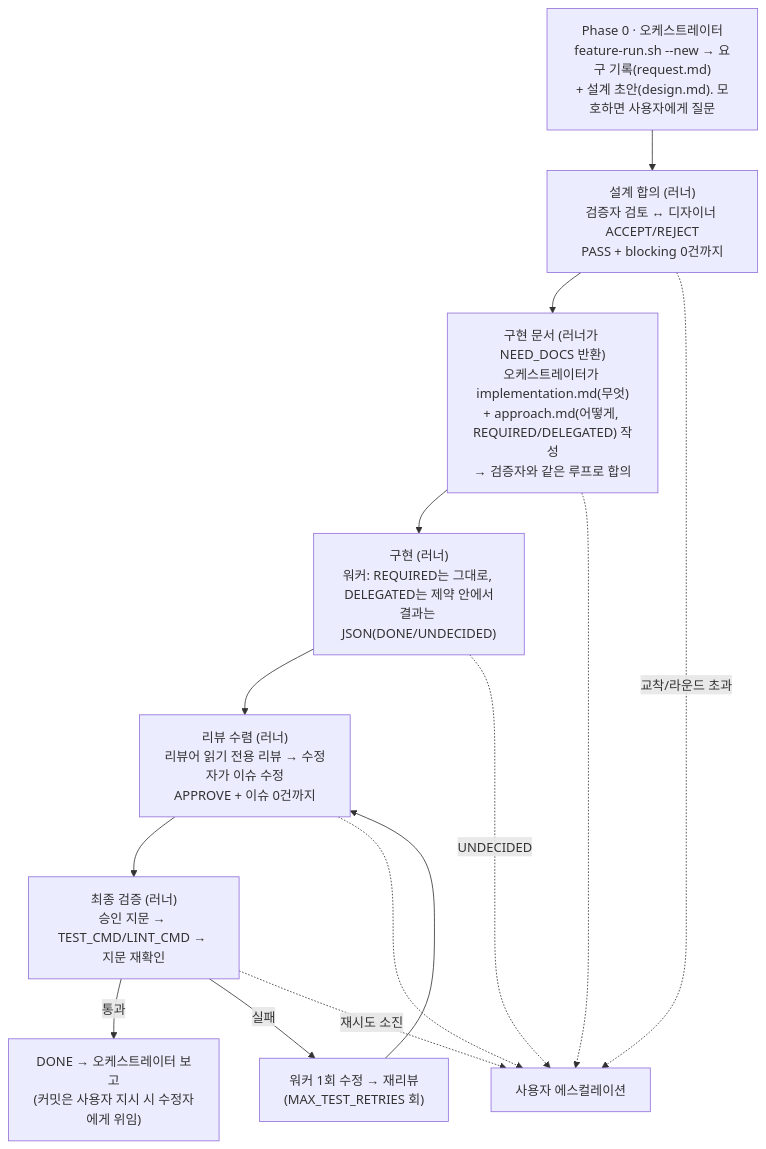
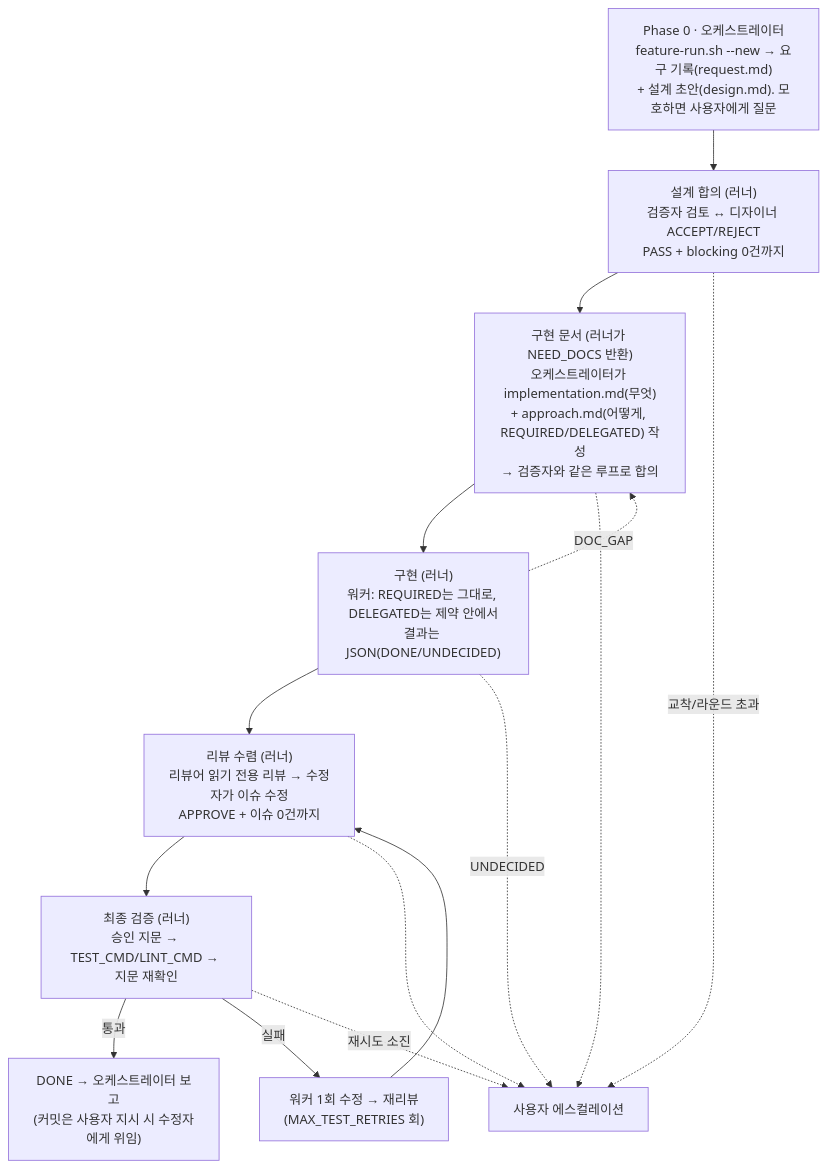
Before and after one commit to DEV-asdf-516/feature-skill: the diagram in README.md, drawn with Mermaid. The commit also changed other lines of this file and 56 other files, not shown here.

````diff
--- a/README.md
+++ b/README.md
@@ -23,15 +23,16 @@
 ```mermaid
 flowchart TD
     P0["Phase 0 · 오케스트레이터\nfeature-run.sh --new → 요구 기록(request.md)\n+ 설계 초안(design.md). 모호하면 사용자에게 질문"] --> P1
     P1["설계 합의 (러너)\n검증자 검토 ↔ 디자이너 ACCEPT/REJECT\nPASS + blocking 0건까지"] --> P15
     P15["구현 문서 (러너가 NEED_DOCS 반환)\n오케스트레이터가 implementation.md(무엇)\n+ approach.md(어떻게, REQUIRED/DELEGATED) 작성\n→ 검증자와 같은 루프로 합의"] --> P2
     P2["구현 (러너)\n워커: REQUIRED는 그대로, DELEGATED는 제약 안에서\n결과는 JSON(DONE/UNDECIDED)"] --> P3
+    P2 -.DOC_GAP.-> P15
     P3["리뷰 수렴 (러너)\n리뷰어 읽기 전용 리뷰 → 수정자가 이슈 수정\nAPPROVE + 이슈 0건까지"] --> P4
     P4["최종 검증 (러너)\n승인 지문 → TEST_CMD/LINT_CMD → 지문 재확인"] -->|통과| DONE["DONE → 오케스트레이터 보고\n(커밋은 사용자 지시 시 수정자에게 위임)"]
     P4 -->|실패| P2R["워커 1회 수정 → 재리뷰\n(MAX_TEST_RETRIES 회)"] --> P3
     P2 -.UNDECIDED.-> ESC
     P1 -.교착/라운드 초과.-> ESC["사용자 에스컬레이션"]
     P15 -.-> ESC
     P3 -.-> ESC
     P4 -.재시도 소진.-> ESC
 ```
````
